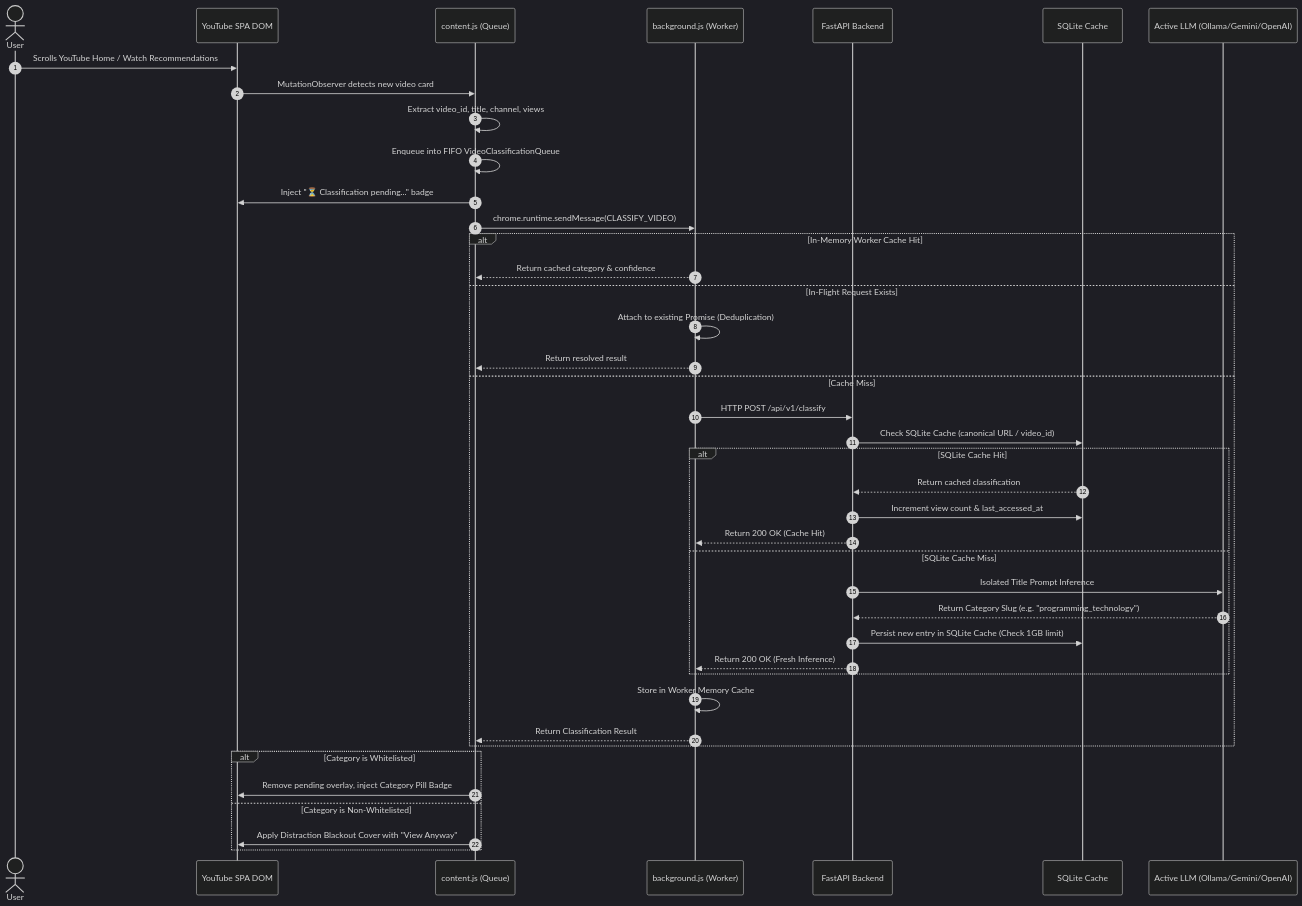
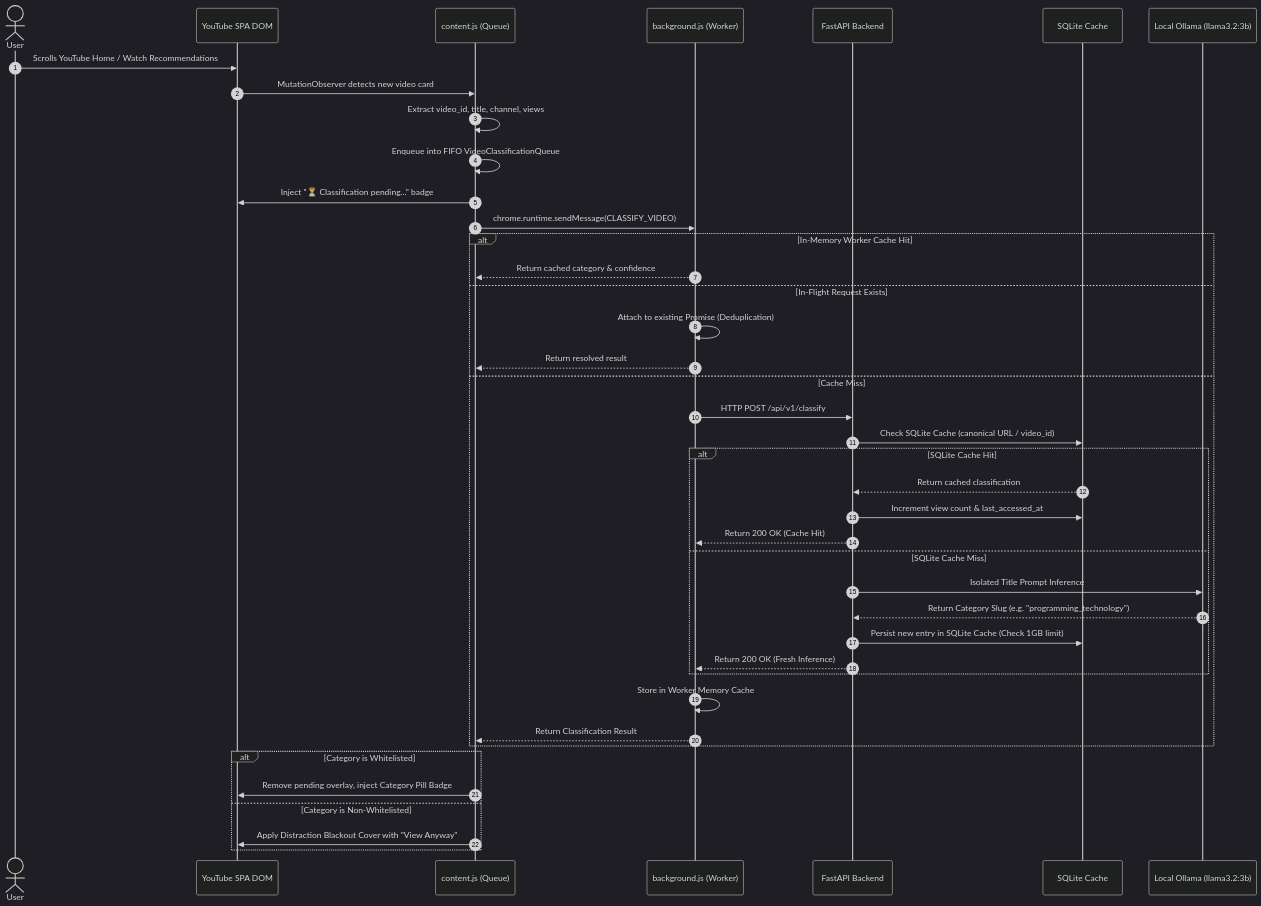
The second of 5 diagrams in ARCHITECTURE.md (Shashwat-Upadhyay/studytube), drawn with Mermaid (dark theme) before and after one commit. The commit also changed other lines of this file and 1 other file, not shown here.

Commit message:
docs(architecture): document only implemented components and active local Ollama pipeline

````diff
--- a/ARCHITECTURE.md
+++ b/ARCHITECTURE.md
@@ -234,49 +232,49 @@
 ```mermaid
 sequenceDiagram
     autonumber
     actor User as User
     participant YT as YouTube SPA DOM
     participant CS as content.js (Queue)
     participant BG as background.js (Worker)
     participant API as FastAPI Backend
     participant DB as SQLite Cache
-    participant LLM as Active LLM (Ollama/Gemini/OpenAI)
+    participant LLM as Local Ollama (llama3.2:3b)
 
     User->>YT: Scrolls YouTube Home / Watch Recommendations
     YT->>CS: MutationObserver detects new video card
     CS->>CS: Extract video_id, title, channel, views
     CS->>CS: Enqueue into FIFO VideoClassificationQueue
     CS->>YT: Inject "⏳ Classification pending..." badge
 
     CS->>BG: chrome.runtime.sendMessage(CLASSIFY_VIDEO)
     
     alt In-Memory Worker Cache Hit
         BG-->>CS: Return cached category & confidence
     else In-Flight Request Exists
         BG->>BG: Attach to existing Promise (Deduplication)
         BG-->>CS: Return resolved result
     else Cache Miss
         BG->>API: HTTP POST /api/v1/classify
         API->>DB: Check SQLite Cache (canonical URL / video_id)
         
         alt SQLite Cache Hit
             DB-->>API: Return cached classification
             API->>DB: Increment view count & last_accessed_at
             API-->>BG: Return 200 OK (Cache Hit)
         else SQLite Cache Miss
             API->>LLM: Isolated Title Prompt Inference
             LLM-->>API: Return Category Slug (e.g. "programming_technology")
             API->>DB: Persist new entry in SQLite Cache (Check 1GB limit)
             API-->>BG: Return 200 OK (Fresh Inference)
         end
         
         BG->>BG: Store in Worker Memory Cache
         BG-->>CS: Return Classification Result
     end
 
     alt Category is Whitelisted
         CS->>YT: Remove pending overlay, inject Category Pill Badge
     else Category is Non-Whitelisted
         CS->>YT: Apply Distraction Blackout Cover with "View Anyway"
     end
 ```
````
